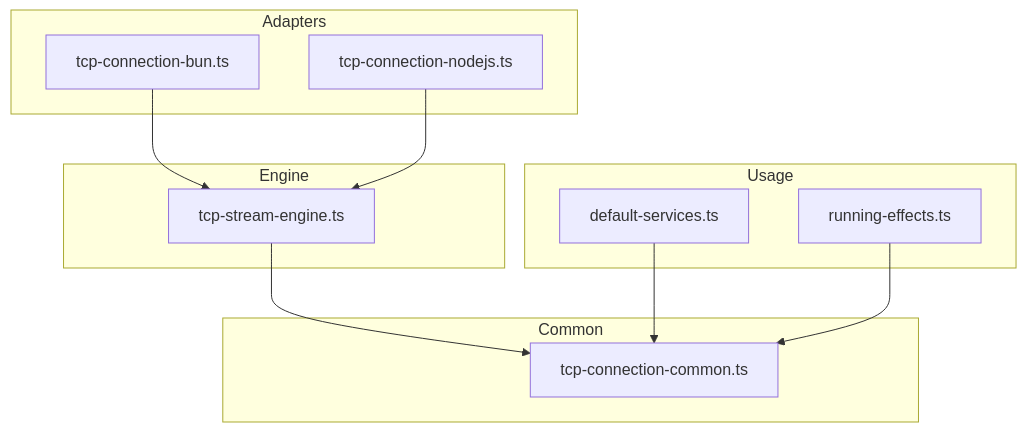
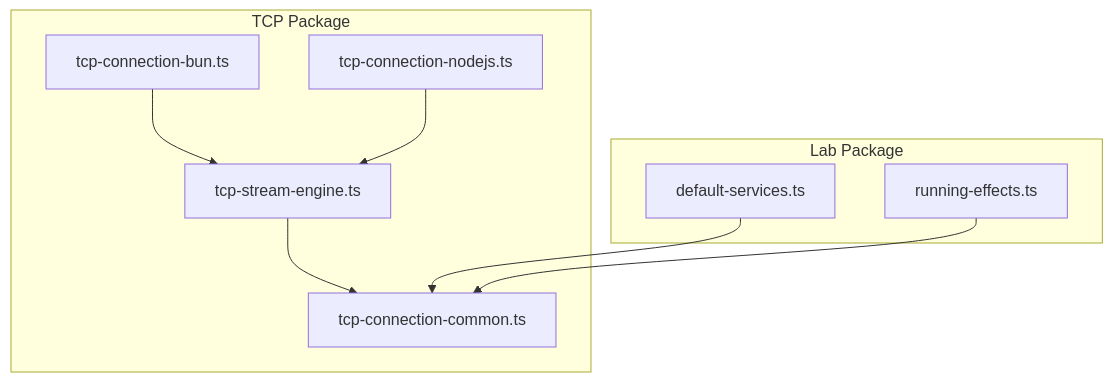
Before and after one commit to 6qat/lab-effect4: the first of 5 diagrams in .qoder/repowiki/en/content/Configuration and Services/Service Layer Architecture.md, drawn with Mermaid. The commit also changed other lines of this file and 140 other files, not shown here.

````diff
--- a/.qoder/repowiki/en/content/Configuration and Services/Service Layer Architecture.md
+++ b/.qoder/repowiki/en/content/Configuration and Services/Service Layer Architecture.md
@@ -41,22 +48,18 @@
 ```mermaid
 graph TB
-subgraph "Common"
+subgraph "TCP Package"
 C1["tcp-connection-common.ts"]
-end
-subgraph "Engine"
 E1["tcp-stream-engine.ts"]
-end
-subgraph "Adapters"
 A1["tcp-connection-bun.ts"]
 A2["tcp-connection-nodejs.ts"]
 end
-subgraph "Usage"
-U1["default-services.ts"]
-U2["running-effects.ts"]
+subgraph "Lab Package"
+L1["default-services.ts"]
+L2["running-effects.ts"]
 end
 A1 --> E1
 A2 --> E1
 E1 --> C1
-U1 --> C1
-U2 --> C1
+L1 --> C1
+L2 --> C1
 ```
````
